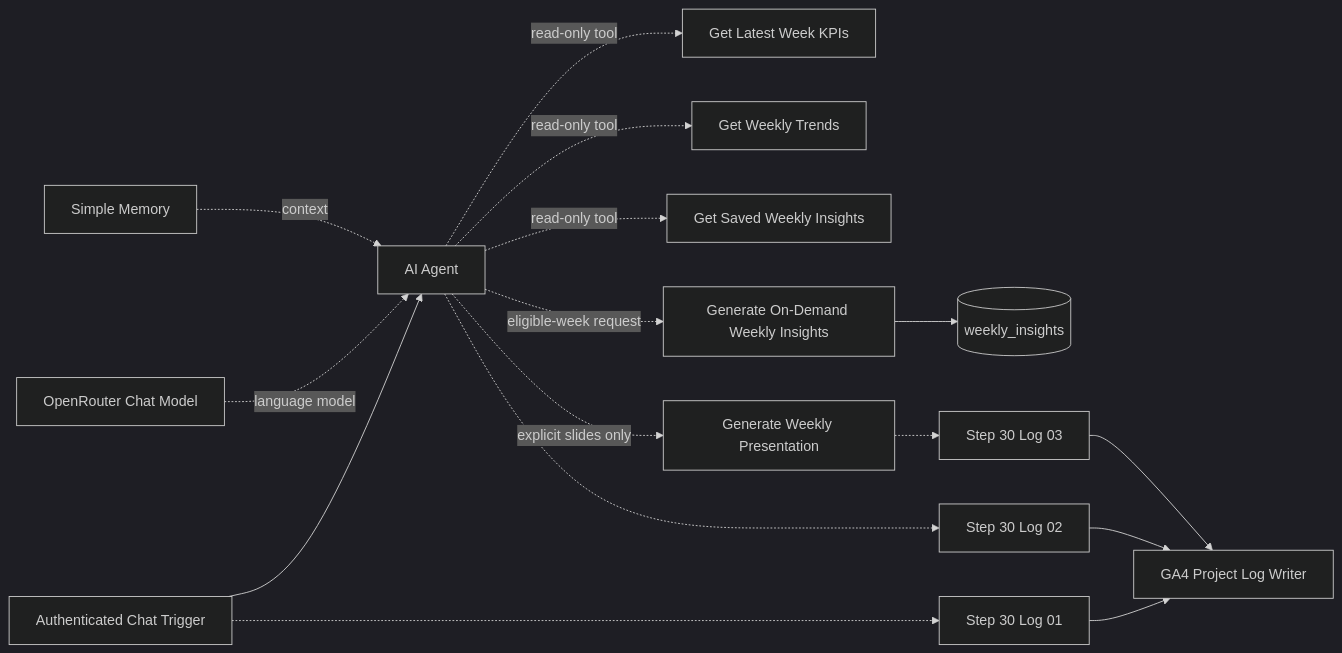
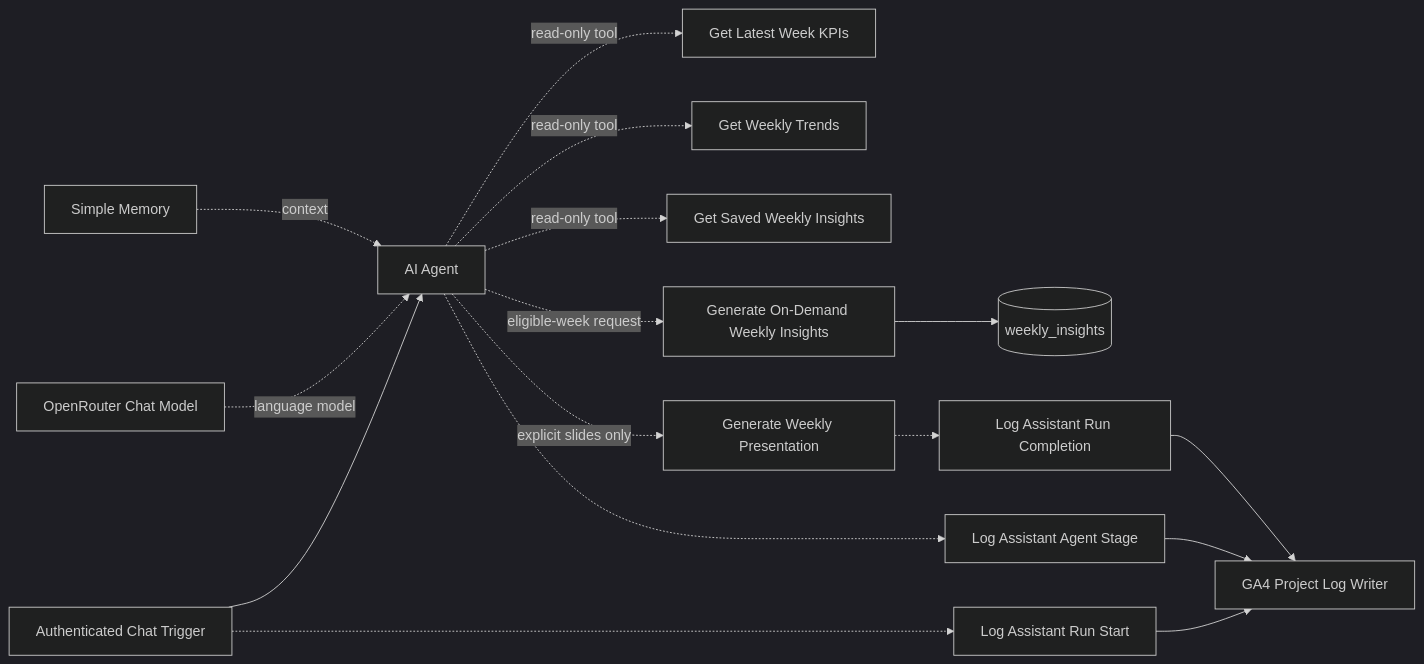
Before and after one commit to cizmeli/ga4-ai-analytics-automation: the diagram in workflows/docs/ga4-ai-analytics-assistant.md, drawn with Mermaid (dark theme). The commit also changed other lines of this file, not shown here.

Commit message:
docs: align assistant logging diagram labels

```diff
--- a/workflows/docs/ga4-ai-analytics-assistant.md
+++ b/workflows/docs/ga4-ai-analytics-assistant.md
@@ -32,18 +32,18 @@
 ~~~mermaid
 flowchart LR
   C[Authenticated Chat Trigger] --> A[AI Agent]
   M[OpenRouter Chat Model] -. language model .-> A
   S[Simple Memory] -. context .-> A
   A -. read-only tool .-> K[Get Latest Week KPIs]
   A -. read-only tool .-> T[Get Weekly Trends]
   A -. read-only tool .-> I[Get Saved Weekly Insights]
   A -. eligible-week request .-> W[Generate On-Demand Weekly Insights]
   W --> PG[(weekly_insights)]
   A -. explicit slides only .-> P[Generate Weekly Presentation]
-  C -.-> L1[Step 30 Log 01]
-  A -.-> L2[Step 30 Log 02]
-  P -.-> L3[Step 30 Log 03]
+  C -.-> L1[Log Assistant Run Start]
+  A -.-> L2[Log Assistant Agent Stage]
+  P -.-> L3[Log Assistant Run Completion]
   L1 --> LOG[GA4 Project Log Writer]
   L2 --> LOG
   L3 --> LOG
 ~~~
```
